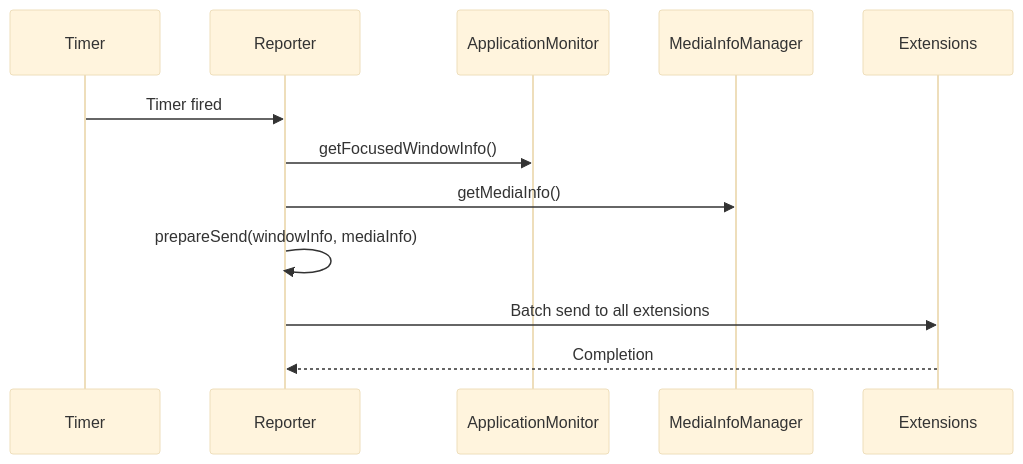
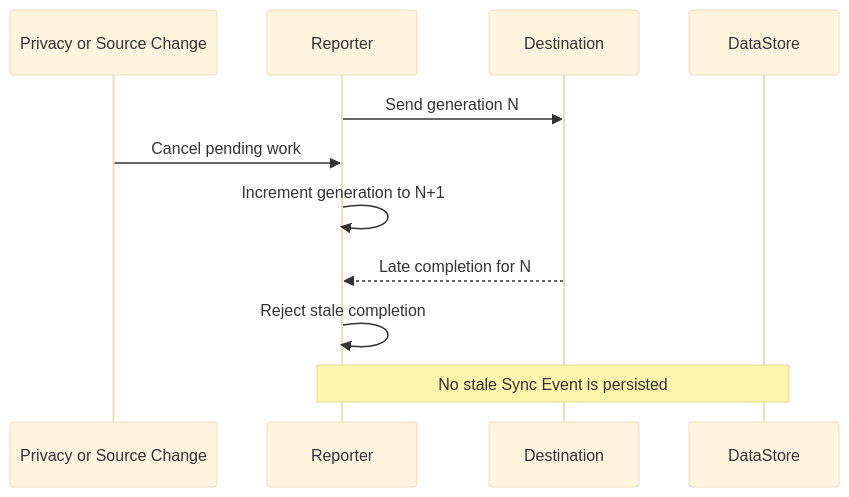
The third of 4 diagrams in ARCHITECTURE.md (Innei/ProcessReporter), drawn with Mermaid (base theme) before and after one commit. The commit also changed other lines of this file and 94 other files, not shown here.

Commit message:
Redesign ProcessReporter as a Presence sync utility (#8)

````diff
--- a/ARCHITECTURE.md
+++ b/ARCHITECTURE.md
@@ -288,15 +97,14 @@
 ```mermaid
 sequenceDiagram
-    participant Timer
-    participant Reporter
-    participant AppMonitor as ApplicationMonitor
-    participant MediaManager as MediaInfoManager
-    participant Extensions
+  participant Change as Privacy or Source Change
+  participant Reporter
+  participant Destination
+  participant DataStore
 
-    Timer->>Reporter: Timer fired
-    Reporter->>AppMonitor: getFocusedWindowInfo()
-    Reporter->>MediaManager: getMediaInfo()
-    Reporter->>Reporter: prepareSend(windowInfo, mediaInfo)
-    Reporter->>Extensions: Batch send to all extensions
-    Extensions-->>Reporter: Completion
+  Reporter->>Destination: Send generation N
+  Change->>Reporter: Cancel pending work
+  Reporter->>Reporter: Increment generation to N+1
+  Destination-->>Reporter: Late completion for N
+  Reporter->>Reporter: Reject stale completion
+  Note over Reporter,DataStore: No stale Sync Event is persisted
 ```
````
